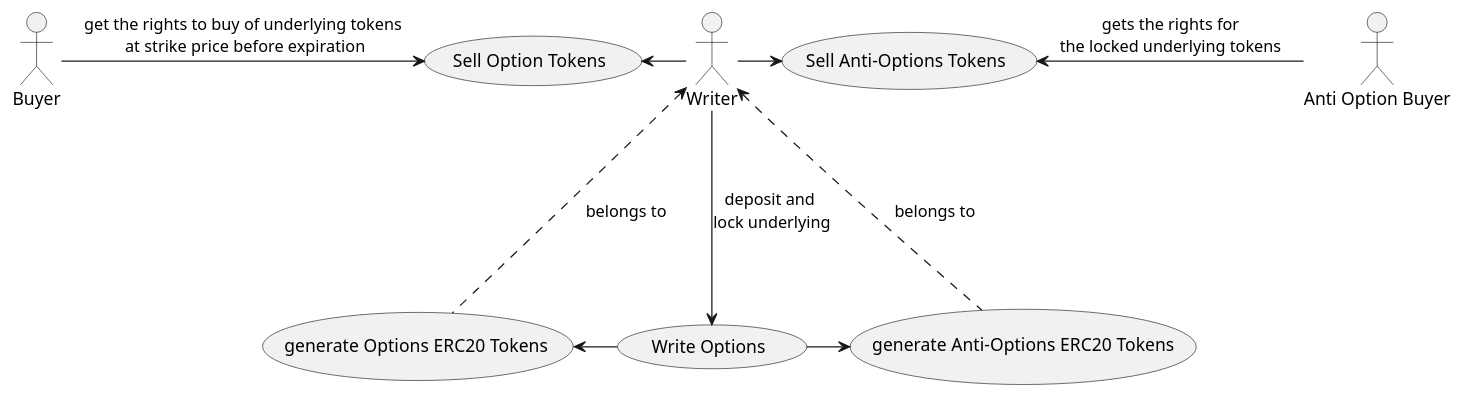
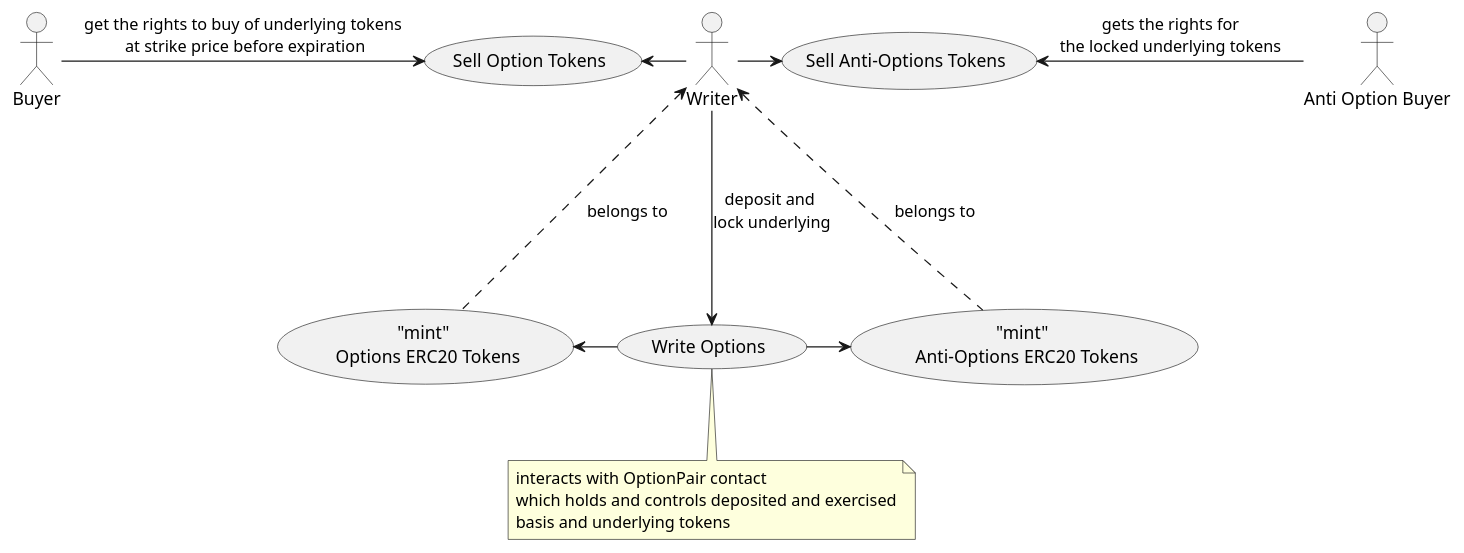
One commit to mxn/eth_option changed the diagram in docs/dias/write.puml. Above: the diagram before and after it, drawn with PlantUML. The commit also changed 6 other files, not shown here.

```diff
--- a/docs/dias/write.puml
+++ b/docs/dias/write.puml
@@ -1,25 +1,30 @@
 @startuml
 :Writer: as Writer
 (Write Options) as (write)
-(generate Options ERC20 Tokens) as (genOpts)
-(generate Anti-Options ERC20 Tokens) as (genAntiOpts)
+("mint" \n Options ERC20 Tokens) as (genOpts)
+("mint" \n Anti-Options ERC20 Tokens) as (genAntiOpts)
 
 Writer -down-> (write): deposit and \nlock underlying
 
 (write) -left-> (genOpts)
 
 (write) -right-> (genAntiOpts)
 
 (genOpts) .up..> Writer: belongs to
 (genAntiOpts) .up..> Writer: belongs to
 
 (Sell Option Tokens) as sellOpts
 (Sell Anti-Options Tokens) as sellAntiOpts
 
 Writer -left-> sellOpts
 sellOpts <-left- Buyer: get the rights to buy of underlying tokens\n at strike price before expiration
 Writer -right-> sellAntiOpts
 sellAntiOpts <-right- :Anti Option Buyer: :  gets the rights for\nthe locked underlying tokens
 
+note bottom of (write)
+interacts with OptionPair contact
+which holds and controls deposited and exercised
+basis and underlying tokens
+end note
 
 @enduml
```
